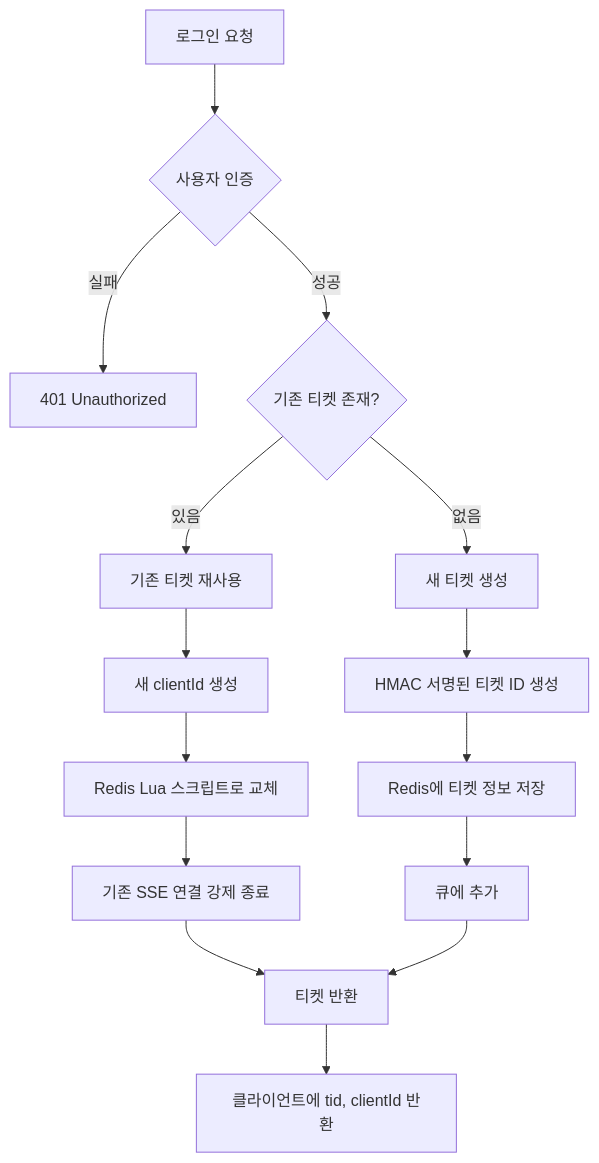
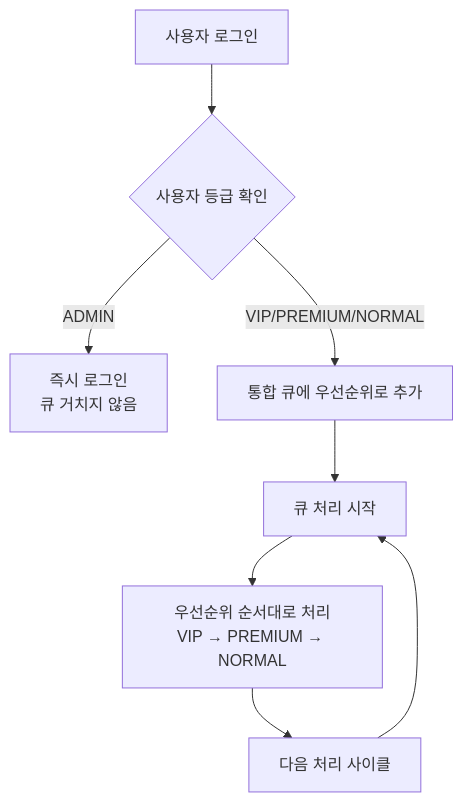
One commit to exodus-openstack/queue changed the third of 5 diagrams in docs/Usecase.md. Above: the diagram before and after it, drawn with Mermaid. The commit also changed other lines of this file and 2 other files, not shown here.

Commit message:
Add system architecture documentation and update usecase documentation

````diff
--- a/docs/Usecase.md
+++ b/docs/Usecase.md
@@ -498,21 +343,10 @@
 ```mermaid
-flowchart TD
-    A[로그인 요청] --> B{사용자 인증}
-    B -->|실패| C[401 Unauthorized]
-    B -->|성공| D{기존 티켓 존재?}
-    
-    D -->|있음| E[기존 티켓 재사용]
-    D -->|없음| F[새 티켓 생성]
-    
-    E --> G[새 clientId 생성]
-    G --> H[Redis Lua 스크립트로 교체]
-    H --> I[기존 SSE 연결 강제 종료]
-    I --> J[티켓 반환]
-    
-    F --> K[HMAC 서명된 티켓 ID 생성]
-    K --> L[Redis에 티켓 정보 저장]
-    L --> M[큐에 추가]
-    M --> J
-    
-    J --> N[클라이언트에 tid, clientId 반환]
+graph TD
+    A[사용자 로그인] --> B{사용자 등급 확인}
+    B -->|ADMIN| C[즉시 로그인<br/>큐 거치지 않음]
+    B -->|VIP/PREMIUM/NORMAL| D[통합 큐에 우선순위로 추가]
+    D --> E[큐 처리 시작]
+    E --> F[우선순위 순서대로 처리<br/>VIP → PREMIUM → NORMAL]
+    F --> G[다음 처리 사이클]
+    G --> E
 ```
````
